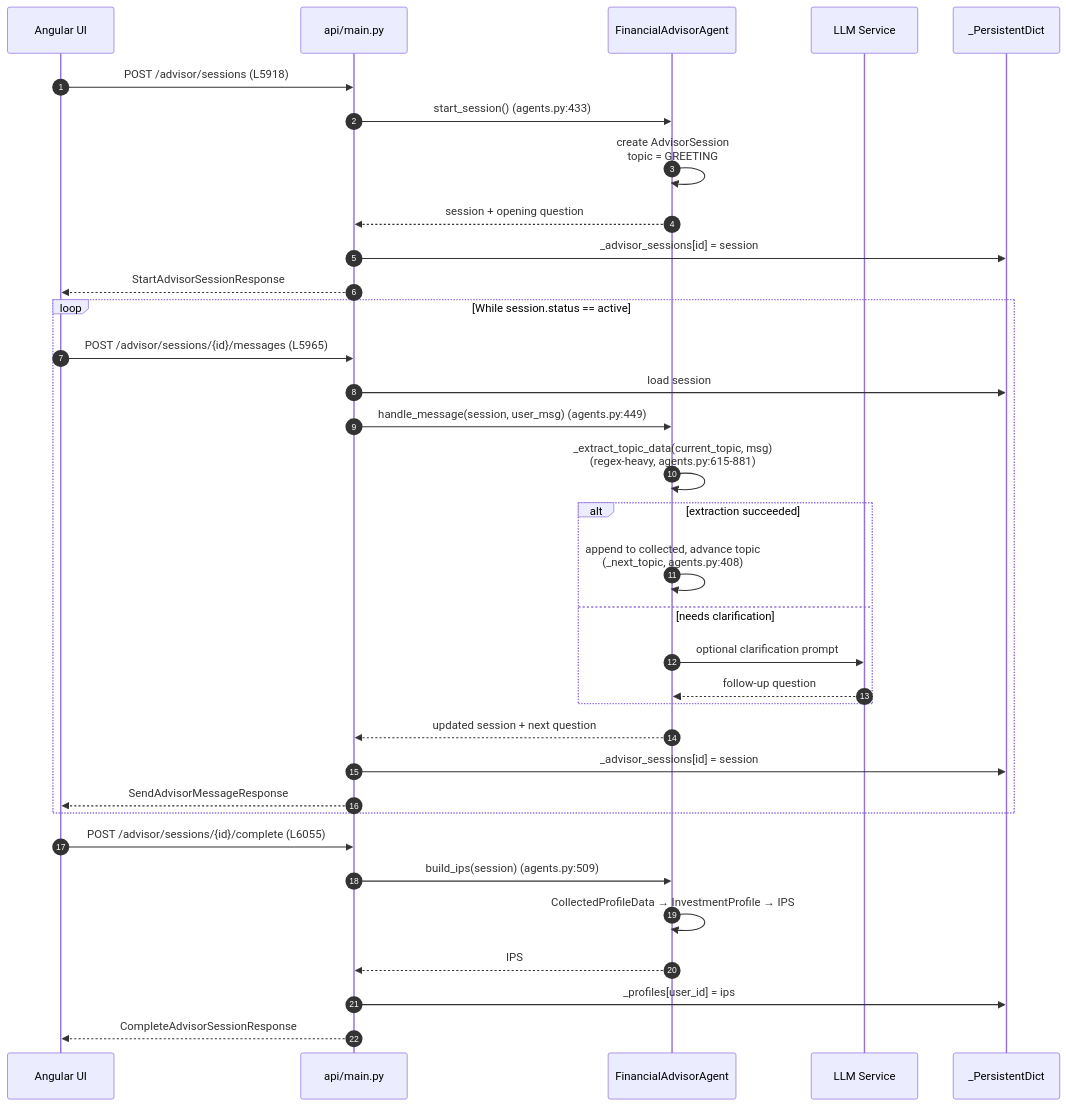
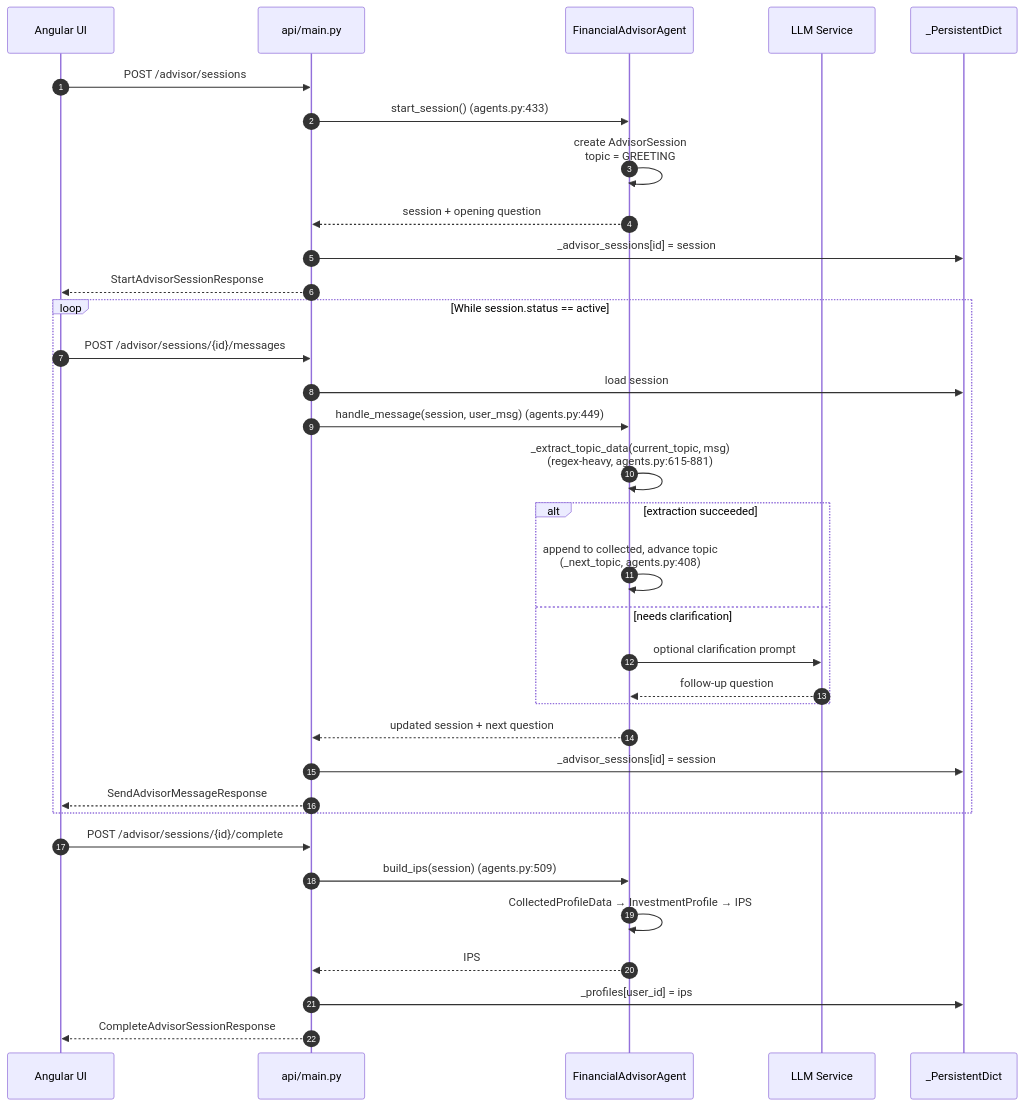
Before and after one commit to brandonkindred/Khala-Agentic-AI-Teams: the first of 4 diagrams in backend/agents/investment_team/system_design/flow_charts.md, drawn with Mermaid. The commit also changed other lines of this file and 8 other files, not shown here.

````diff
--- a/backend/agents/investment_team/system_design/flow_charts.md
+++ b/backend/agents/investment_team/system_design/flow_charts.md
@@ -22,39 +24,39 @@
 ```mermaid
 sequenceDiagram
     autonumber
     participant UI as Angular UI
     participant API as api/main.py
     participant FA as FinancialAdvisorAgent
     participant LLM as LLM Service
     participant Store as _PersistentDict
 
-    UI->>API: POST /advisor/sessions (L5918)
+    UI->>API: POST /advisor/sessions
     API->>FA: start_session() (agents.py:433)
     FA->>FA: create AdvisorSession<br/>topic = GREETING
     FA-->>API: session + opening question
     API->>Store: _advisor_sessions[id] = session
     API-->>UI: StartAdvisorSessionResponse
 
     loop While session.status == active
-        UI->>API: POST /advisor/sessions/{id}/messages (L5965)
+        UI->>API: POST /advisor/sessions/{id}/messages
         API->>Store: load session
         API->>FA: handle_message(session, user_msg) (agents.py:449)
         FA->>FA: _extract_topic_data(current_topic, msg)<br/>(regex-heavy, agents.py:615-881)
         alt extraction succeeded
             FA->>FA: append to collected, advance topic<br/>(_next_topic, agents.py:408)
         else needs clarification
             FA->>LLM: optional clarification prompt
             LLM-->>FA: follow-up question
         end
         FA-->>API: updated session + next question
         API->>Store: _advisor_sessions[id] = session
         API-->>UI: SendAdvisorMessageResponse
     end
 
-    UI->>API: POST /advisor/sessions/{id}/complete (L6055)
+    UI->>API: POST /advisor/sessions/{id}/complete
     API->>FA: build_ips(session) (agents.py:509)
     FA->>FA: CollectedProfileData → InvestmentProfile → IPS
     FA-->>API: IPS
     API->>Store: _profiles[user_id] = ips
     API-->>UI: CompleteAdvisorSessionResponse
 ```
````
